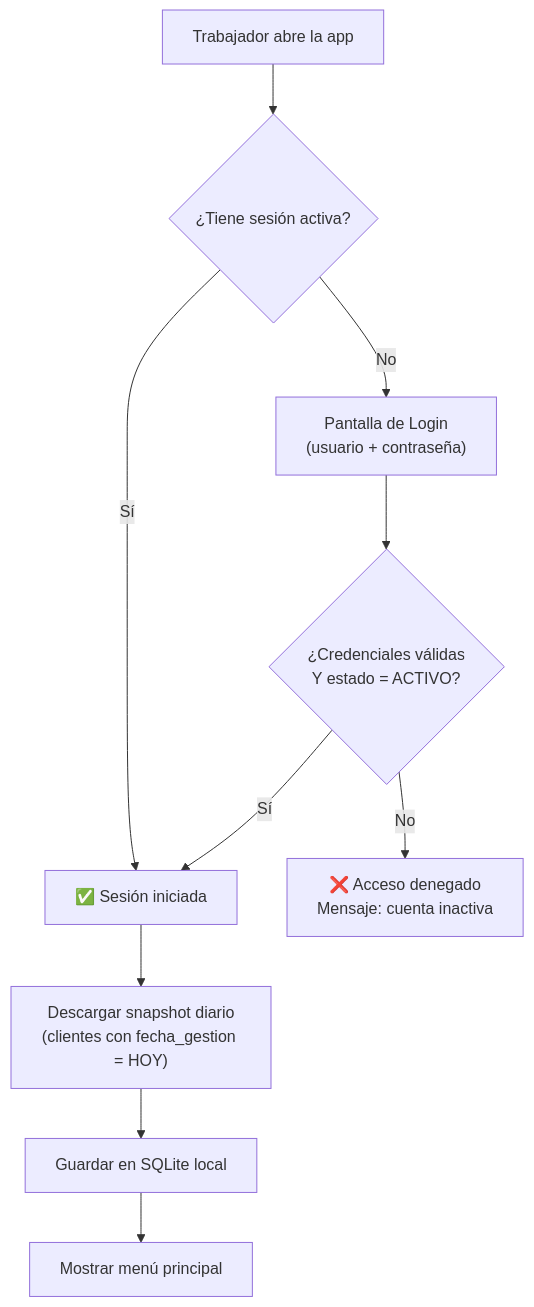
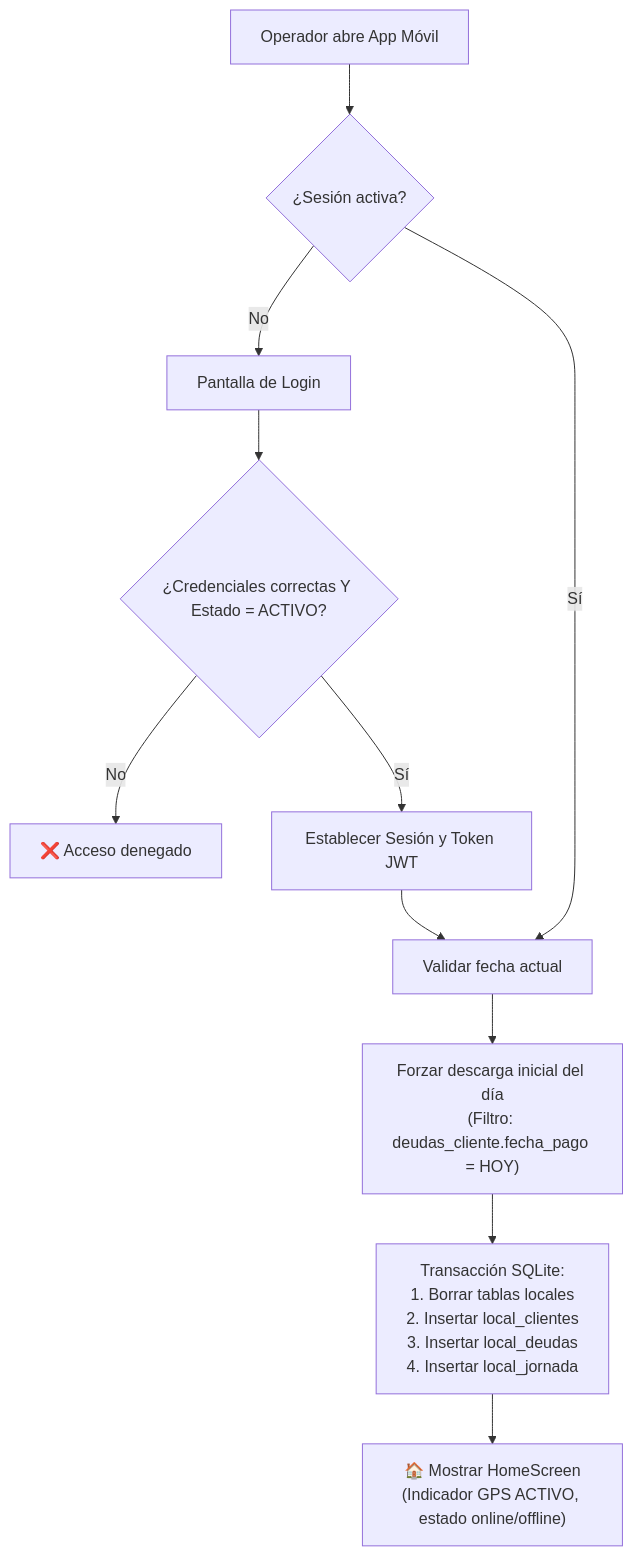
One commit to carlosaherrerap/rutaZero changed the second of 5 diagrams in docs/diagrama_flujo.md. Above: the diagram before and after it, drawn with Mermaid. The commit also changed other lines of this file and 38 other files, not shown here.

````diff
--- a/docs/diagrama_flujo.md
+++ b/docs/diagrama_flujo.md
@@ -77,12 +78,14 @@
 ```mermaid
 flowchart TD
-    A["Trabajador abre la app"] --> B{"¿Tiene sesión activa?"}
-    B -- Sí --> D
-    B -- No --> C["Pantalla de Login<br/>(usuario + contraseña)"]
-    C --> V{"¿Credenciales válidas<br/>Y estado = ACTIVO?"}
-    V -- No --> E["❌ Acceso denegado<br/>Mensaje: cuenta inactiva"]
-    V -- Sí --> D["✅ Sesión iniciada"]
-    D --> F["Descargar snapshot diario<br/>(clientes con fecha_gestion = HOY)"]
-    F --> G["Guardar en SQLite local"]
-    G --> H["Mostrar menú principal"]
+    A["Operador abre App Móvil"] --> B{"¿Sesión activa?"}
+    B -- No --> C["Pantalla de Login"]
+    C --> D{"¿Credenciales correctas Y Estado = ACTIVO?"}
+    D -- No --> E["❌ Acceso denegado"]
+    D -- Sí --> F["Establecer Sesión y Token JWT"]
+    B -- Sí --> G["Validar fecha actual"]
+    F --> G
+    
+    G --> H["Forzar descarga inicial del día<br/>(Filtro: deudas_cliente.fecha_pago = HOY)"]
+    H --> I["Transacción SQLite:<br/>1. Borrar tablas locales<br/>2. Insertar local_clientes<br/>3. Insertar local_deudas<br/>4. Insertar local_jornada"]
+    I --> J["🏠 Mostrar HomeScreen<br/>(Indicador GPS ACTIVO, estado online/offline)"]
 ```
````
